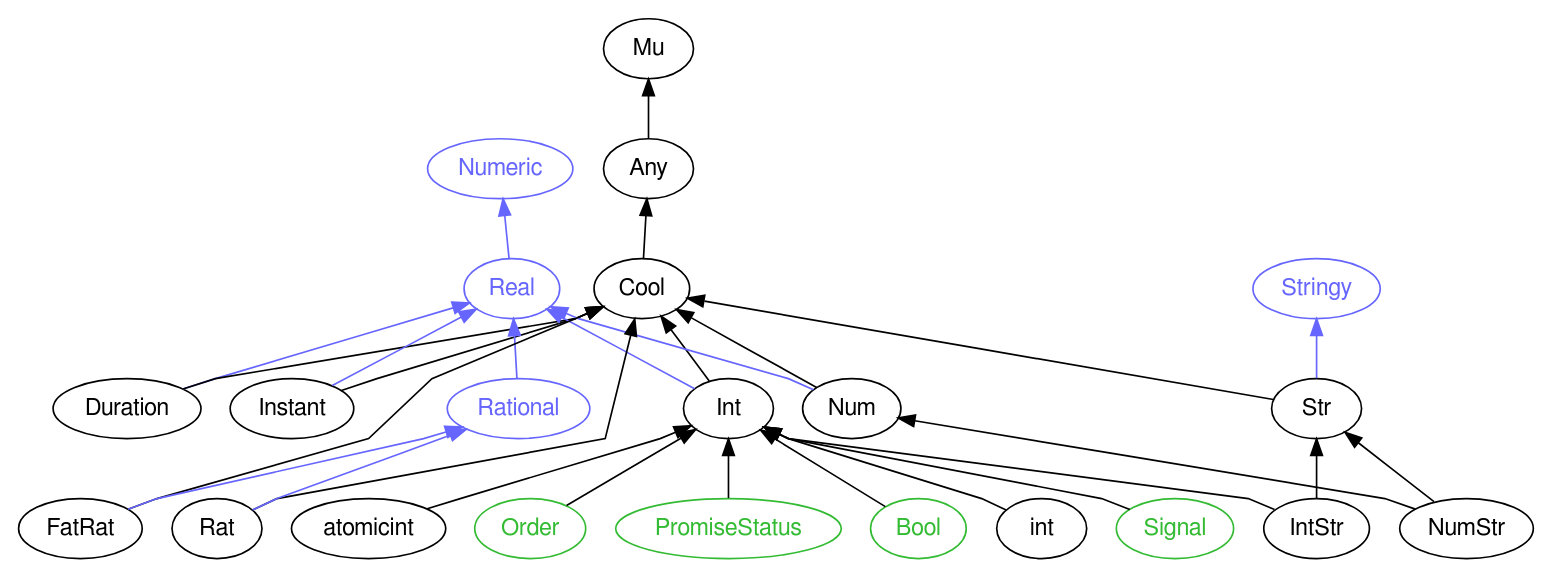
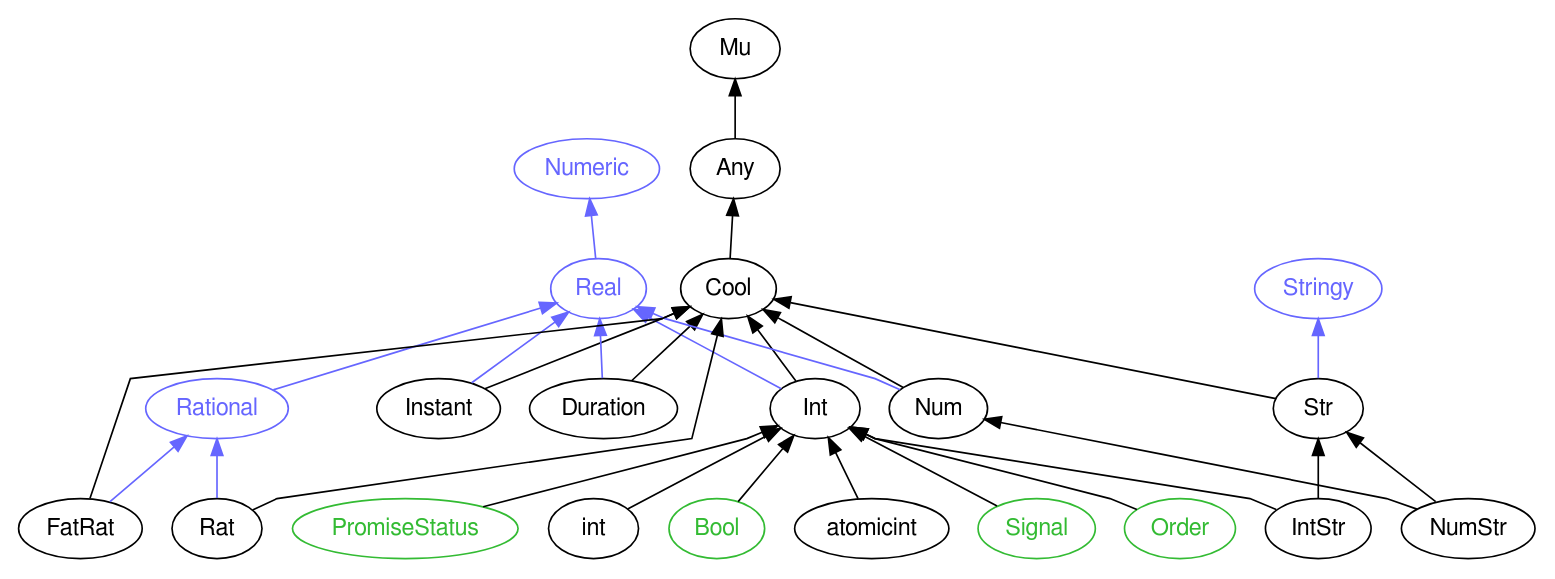
The diagram in images/type-graph-Real.svg.dot (perl6docs/perl6docs.github.io), drawn with Graphviz before and after one commit. The commit also changed other lines of this file and 4486 other files, not shown here.

```diff
--- a/images/type-graph-Real.svg.dot
+++ b/images/type-graph-Real.svg.dot
@@ -1,60 +1,60 @@
 digraph "perl6-type-graph" {
     rankdir=BT;
     splines=polyline;
     overlap=false; 
     // Types
     "Real" [color="#6666FF", fontcolor="#6666FF", href="/type/Real", fontname="FreeSans"];
     "Numeric" [color="#6666FF", fontcolor="#6666FF", href="/type/Numeric", fontname="FreeSans"];
     "Mu" [color="#000000", fontcolor="#000000", href="/type/Mu", fontname="FreeSans"];
     "Any" [color="#000000", fontcolor="#000000", href="/type/Any", fontname="FreeSans"];
     "Cool" [color="#000000", fontcolor="#000000", href="/type/Cool", fontname="FreeSans"];
+    "Int" [color="#000000", fontcolor="#000000", href="/type/Int", fontname="FreeSans"];
+    "Instant" [color="#000000", fontcolor="#000000", href="/type/Instant", fontname="FreeSans"];
     "Duration" [color="#000000", fontcolor="#000000", href="/type/Duration", fontname="FreeSans"];
-    "Instant" [color="#000000", fontcolor="#000000", href="/type/Instant", fontname="FreeSans"];
     "Rational" [color="#6666FF", fontcolor="#6666FF", href="/type/Rational", fontname="FreeSans"];
-    "Int" [color="#000000", fontcolor="#000000", href="/type/Int", fontname="FreeSans"];
     "Num" [color="#000000", fontcolor="#000000", href="/type/Num", fontname="FreeSans"];
     "atomicint" [color="#000000", fontcolor="#000000", href="/type/atomicint", fontname="FreeSans"];
+    "Signal" [color="#33BB33", fontcolor="#33BB33", href="/type/Signal", fontname="FreeSans"];
     "Order" [color="#33BB33", fontcolor="#33BB33", href="/type/Order", fontname="FreeSans"];
-    "PromiseStatus" [color="#33BB33", fontcolor="#33BB33", href="/type/PromiseStatus", fontname="FreeSans"];
-    "Bool" [color="#33BB33", fontcolor="#33BB33", href="/type/Bool", fontname="FreeSans"];
     "Stringy" [color="#6666FF", fontcolor="#6666FF", href="/type/Stringy", fontname="FreeSans"];
     "Str" [color="#000000", fontcolor="#000000", href="/type/Str", fontname="FreeSans"];
     "IntStr" [color="#000000", fontcolor="#000000", href="/type/IntStr", fontname="FreeSans"];
+    "PromiseStatus" [color="#33BB33", fontcolor="#33BB33", href="/type/PromiseStatus", fontname="FreeSans"];
     "int" [color="#000000", fontcolor="#000000", href="/type/int", fontname="FreeSans"];
-    "Signal" [color="#33BB33", fontcolor="#33BB33", href="/type/Signal", fontname="FreeSans"];
+    "Bool" [color="#33BB33", fontcolor="#33BB33", href="/type/Bool", fontname="FreeSans"];
     "NumStr" [color="#000000", fontcolor="#000000", href="/type/NumStr", fontname="FreeSans"];
     "FatRat" [color="#000000", fontcolor="#000000", href="/type/FatRat", fontname="FreeSans"];
     "Rat" [color="#000000", fontcolor="#000000", href="/type/Rat", fontname="FreeSans"];
 
     // Superclasses
     "Any" -> "Mu" [color="#000000"];
     "Cool" -> "Any" [color="#000000"];
+    "Int" -> "Cool" [color="#000000"];
+    "Instant" -> "Cool" [color="#000000"];
     "Duration" -> "Cool" [color="#000000"];
-    "Instant" -> "Cool" [color="#000000"];
-    "Int" -> "Cool" [color="#000000"];
     "Num" -> "Cool" [color="#000000"];
     "atomicint" -> "Int" [color="#000000"];
+    "Signal" -> "Int" [color="#000000"];
     "Order" -> "Int" [color="#000000"];
-    "PromiseStatus" -> "Int" [color="#000000"];
-    "Bool" -> "Int" [color="#000000"];
     "Str" -> "Cool" [color="#000000"];
     "IntStr" -> "Int" [color="#000000"];
     "IntStr" -> "Str" [color="#000000"];
+    "PromiseStatus" -> "Int" [color="#000000"];
     "int" -> "Int" [color="#000000"];
-    "Signal" -> "Int" [color="#000000"];
+    "Bool" -> "Int" [color="#000000"];
     "NumStr" -> "Num" [color="#000000"];
     "NumStr" -> "Str" [color="#000000"];
     "FatRat" -> "Cool" [color="#000000"];
     "Rat" -> "Cool" [color="#000000"];
 
     // Roles
     "Real" -> "Numeric" [color="#6666FF"];
+    "Int" -> "Real" [color="#6666FF"];
+    "Instant" -> "Real" [color="#6666FF"];
     "Duration" -> "Real" [color="#6666FF"];
-    "Instant" -> "Real" [color="#6666FF"];
     "Rational" -> "Real" [color="#6666FF"];
-    "Int" -> "Real" [color="#6666FF"];
     "Num" -> "Real" [color="#6666FF"];
     "Str" -> "Stringy" [color="#6666FF"];
     "FatRat" -> "Rational" [color="#6666FF"];
     "Rat" -> "Rational" [color="#6666FF"];
 }
```
